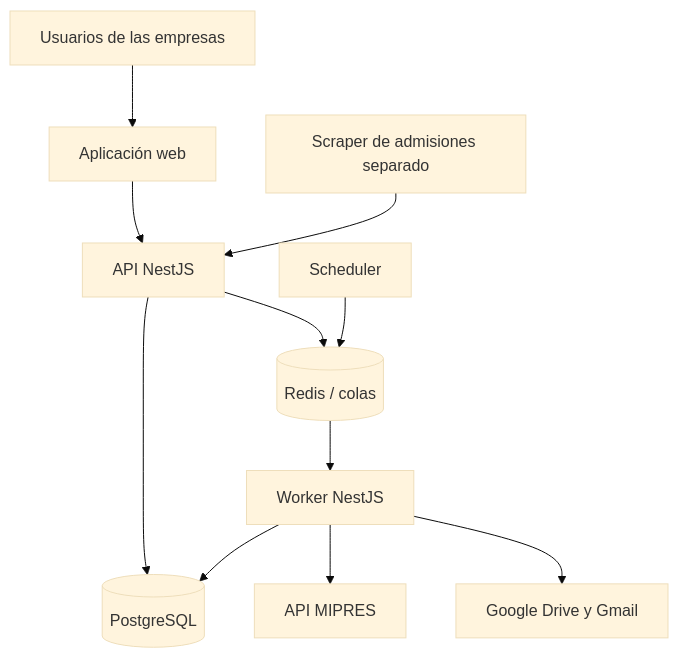
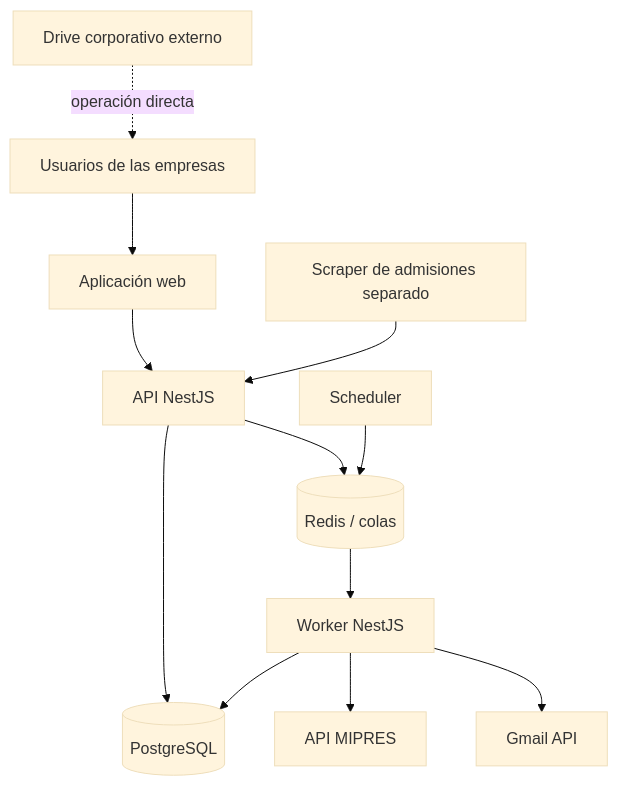
Before and after one commit to andresalvarezb/mtd-olp-medicarte: the first of 4 diagrams in docs/architecture/arquitectura_plataforma_autorizaciones.md, drawn with Mermaid (base theme). The commit also changed other lines of this file and 54 other files, not shown here.

````diff
--- a/docs/architecture/arquitectura_plataforma_autorizaciones.md
+++ b/docs/architecture/arquitectura_plataforma_autorizaciones.md
@@ -55,13 +55,14 @@
 ```mermaid
 flowchart TB
     U["Usuarios de las empresas"] --> W["Aplicación web"]
     W --> A["API NestJS"]
     A --> P[("PostgreSQL")]
     A --> R[("Redis / colas")]
     R --> K["Worker NestJS"]
     K --> P
     K --> M["API MIPRES"]
-    K --> G["Google Drive y Gmail"]
+    K --> G["Gmail API"]
+    D["Drive corporativo externo"] -. operación directa .-> U
     S["Scheduler"] --> R
     X["Scraper de admisiones separado"] --> A
 ```
````
